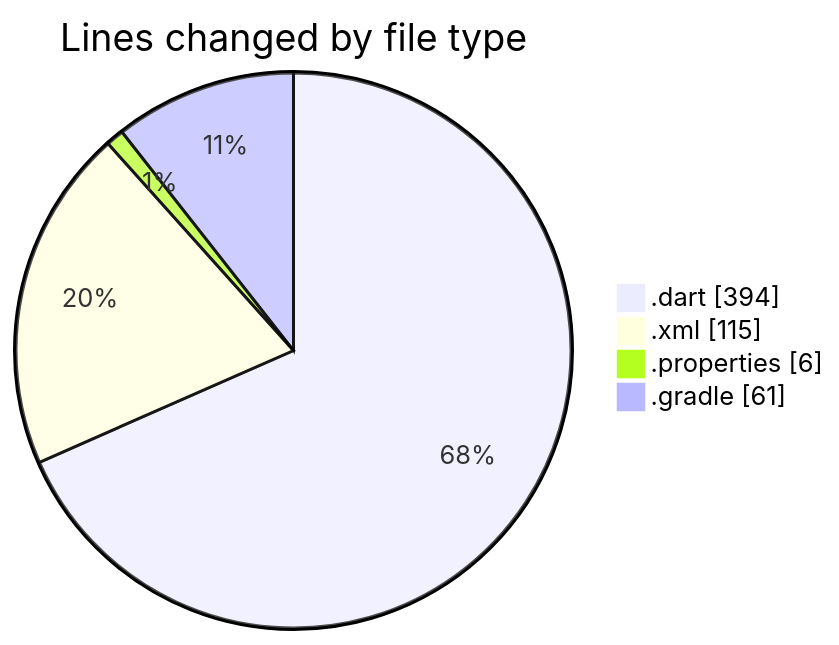
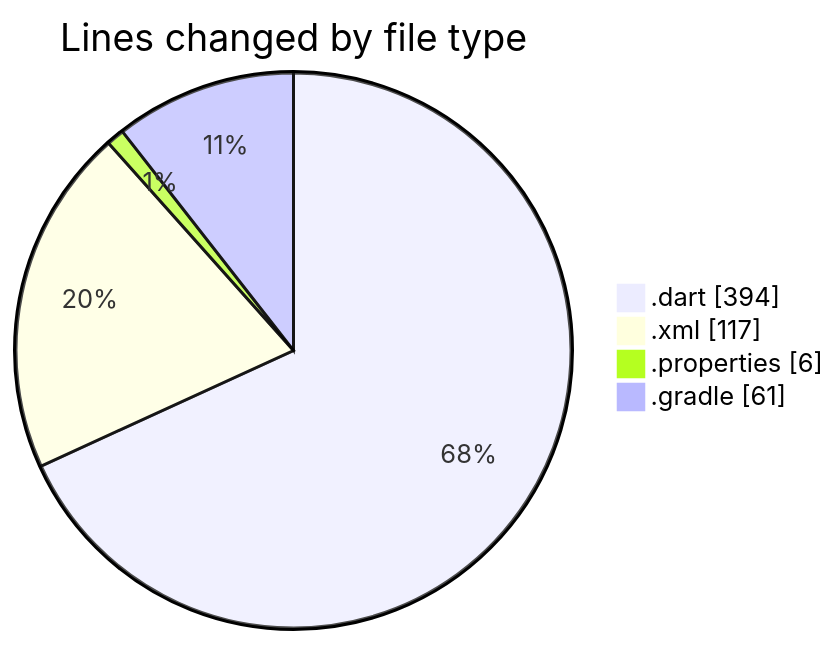
Before and after one commit to donsfak/code-tracking: the first of 2 diagrams in 2025-01-27/maps_clone/README.md, drawn with Mermaid. The commit also changed other lines of this file and 1 other file, not shown here.

````diff
--- a/2025-01-27/maps_clone/README.md
+++ b/2025-01-27/maps_clone/README.md
@@ -23,8 +23,8 @@
 ```mermaid
 pie showData
 title Lines changed by file type
 ".dart" : 394
-".xml" : 115
+".xml" : 117
 ".properties" : 6
 ".gradle" : 61
 ```
````
